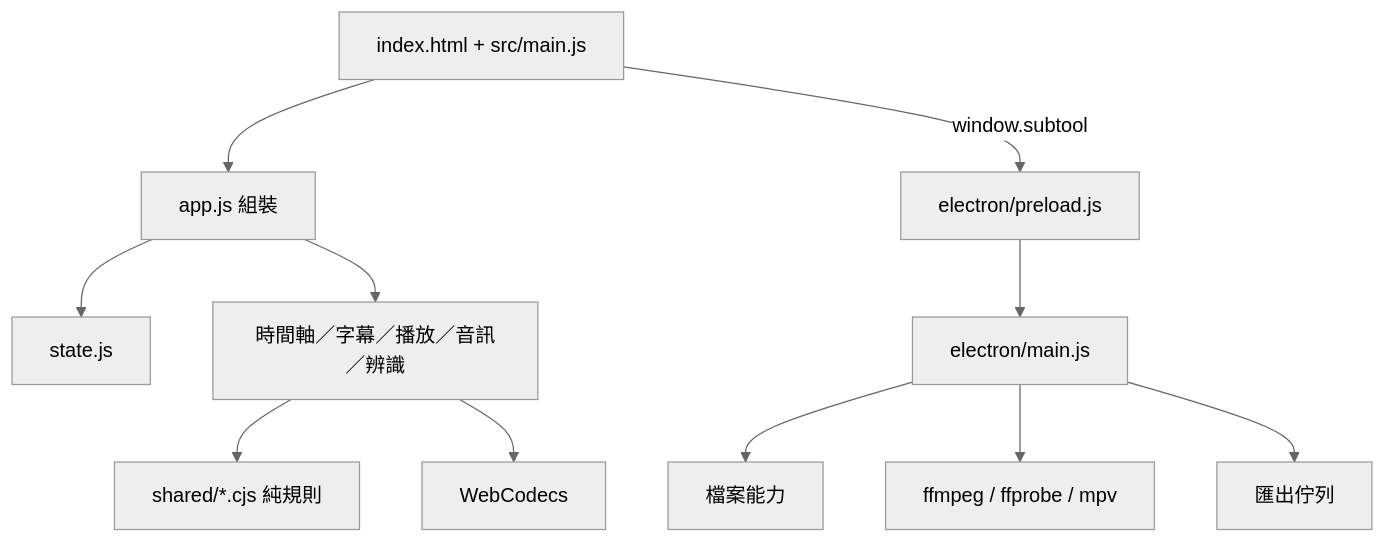
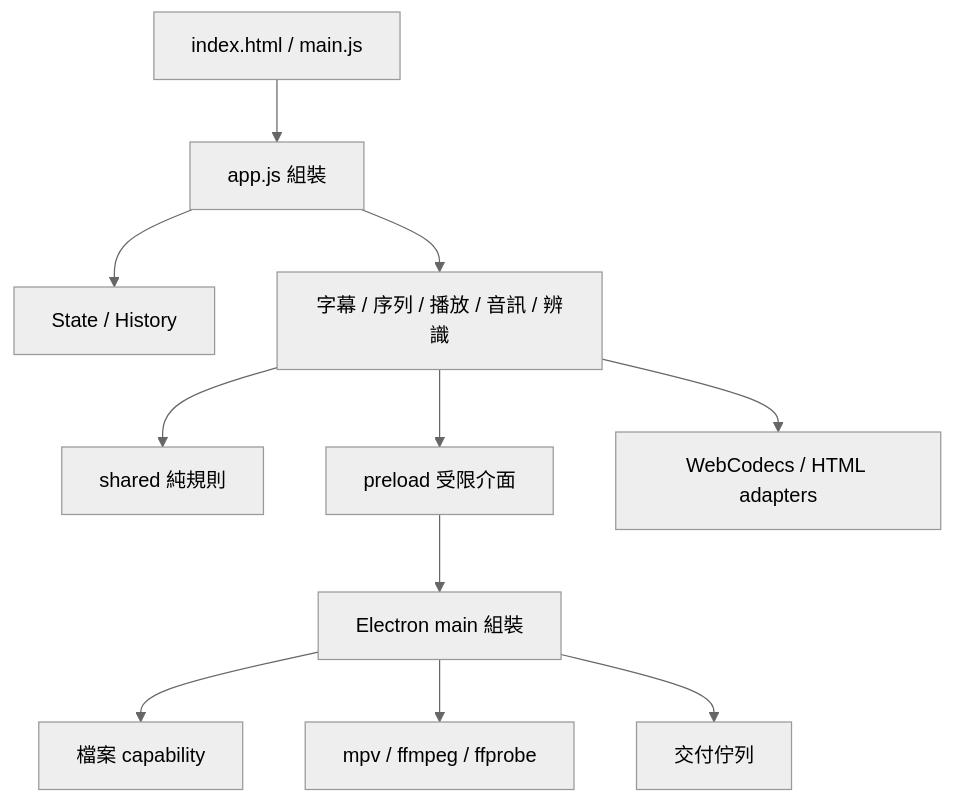
The third of 5 diagrams in docs/技術架構說明.md (evanwayc-star/SUB_Tool), drawn with Mermaid (neutral theme) before and after one commit. The commit also changed other lines of this file and 64 other files, not shown here.

````diff
--- a/docs/技術架構說明.md
+++ b/docs/技術架構說明.md
@@ -101,13 +100,13 @@
 ```mermaid
 flowchart TB
-  UI[index.html + src/main.js] --> APP[app.js 組裝]
-  APP --> STATE[state.js]
-  APP --> DOMAIN[時間軸／字幕／播放／音訊／辨識]
-  DOMAIN --> SHARED[shared/*.cjs 純規則]
-  UI -->|window.subtool| PRELOAD[electron/preload.js]
-  PRELOAD --> MAIN[electron/main.js]
-  MAIN --> FILES[檔案能力]
-  MAIN --> NATIVE[ffmpeg / ffprobe / mpv]
-  MAIN --> QUEUE[匯出佇列]
-  DOMAIN --> WC[WebCodecs]
+  U[index.html / main.js] --> A[app.js 組裝]
+  A --> S[State / History]
+  A --> D[字幕 / 序列 / 播放 / 音訊 / 辨識]
+  D --> R[shared 純規則]
+  D --> P[preload 受限介面]
+  P --> M[Electron main 組裝]
+  M --> F[檔案 capability]
+  M --> N[mpv / ffmpeg / ffprobe]
+  M --> Q[交付佇列]
+  D --> W[WebCodecs / HTML adapters]
 ```
````
